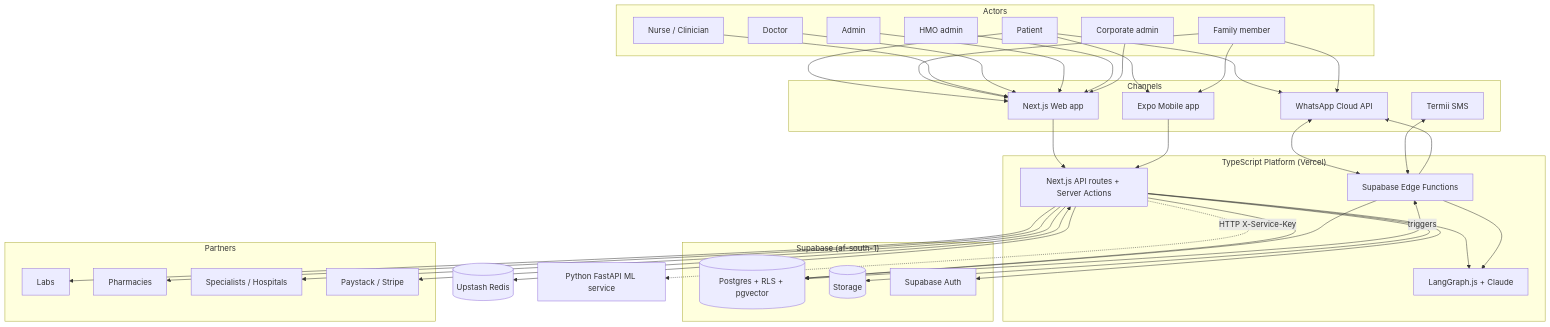
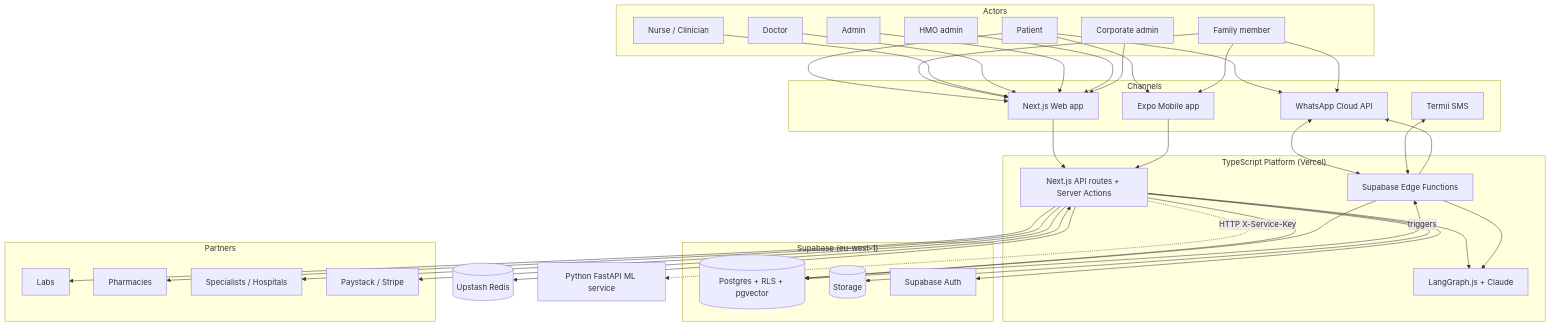
The first of 6 diagrams in docs/ARCHITECTURE.md (Kolalonge-creator/Tarragon-Health), drawn with Mermaid before and after one commit. The commit also changed other lines of this file and 2 other files, not shown here.

First line of the commit message:
Correct documented Supabase region from af-south-1 to eu-west-1

````diff
--- a/docs/ARCHITECTURE.md
+++ b/docs/ARCHITECTURE.md
@@ -44,54 +44,54 @@
 ```mermaid
 graph TB
   subgraph Actors
     P[Patient]
     F[Family member]
     N[Nurse / Clinician]
     D[Doctor]
     A[Admin]
     HMO[HMO admin]
     CORP[Corporate admin]
   end
 
   subgraph Channels
     WA[WhatsApp Cloud API]
     SMS[Termii SMS]
     WEB[Next.js Web app]
     MOB[Expo Mobile app]
   end
 
   subgraph Platform["TypeScript Platform (Vercel)"]
     API[Next.js API routes + Server Actions]
     EDGE[Supabase Edge Functions]
     AI[LangGraph.js + Claude]
   end
 
-  subgraph Data["Supabase (af-south-1)"]
+  subgraph Data["Supabase (eu-west-1)"]
     DB[(Postgres + RLS + pgvector)]
     STORE[(Storage)]
     AUTH[Supabase Auth]
   end
 
   REDIS[(Upstash Redis)]
   ML[Python FastAPI ML service]
 
   subgraph Partners
     LAB[Labs]
     PHARM[Pharmacies]
     SPEC[Specialists / Hospitals]
     PAY[Paystack / Stripe]
   end
 
   P & F --> WA & WEB & MOB
   N & D & A & HMO & CORP --> WEB
   WA <--> EDGE
   SMS <--> EDGE
   WEB & MOB --> API
   API --> DB & AUTH & STORE & REDIS
   API --> AI
   API -. HTTP X-Service-Key .-> ML
   EDGE --> DB & WA & AI
   DB -- triggers --> EDGE
   API <--> PAY
   API --> LAB & PHARM & SPEC
 ```
````
